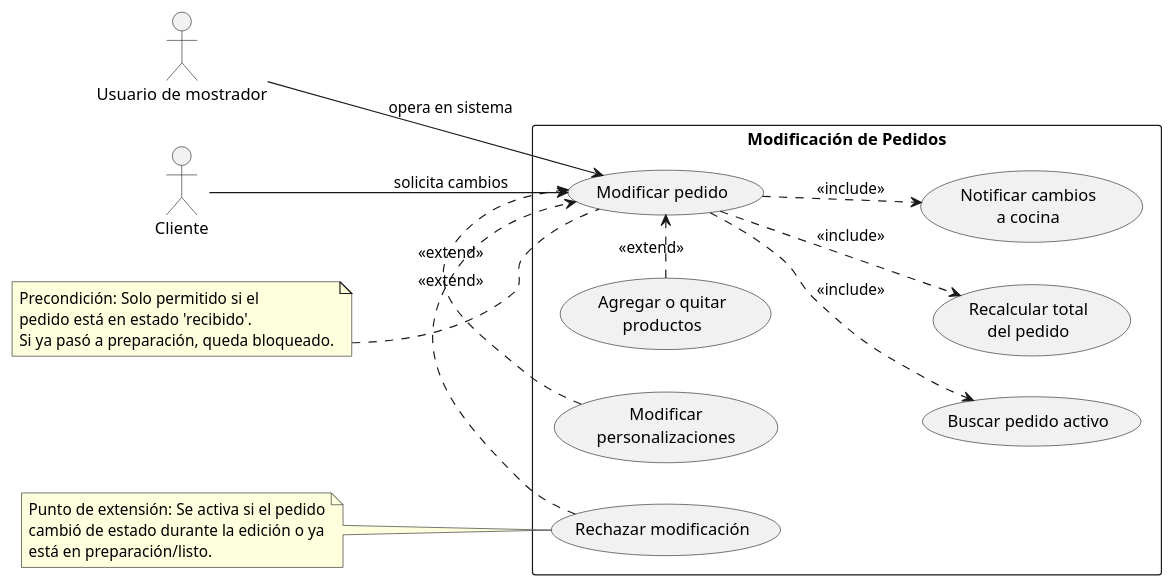
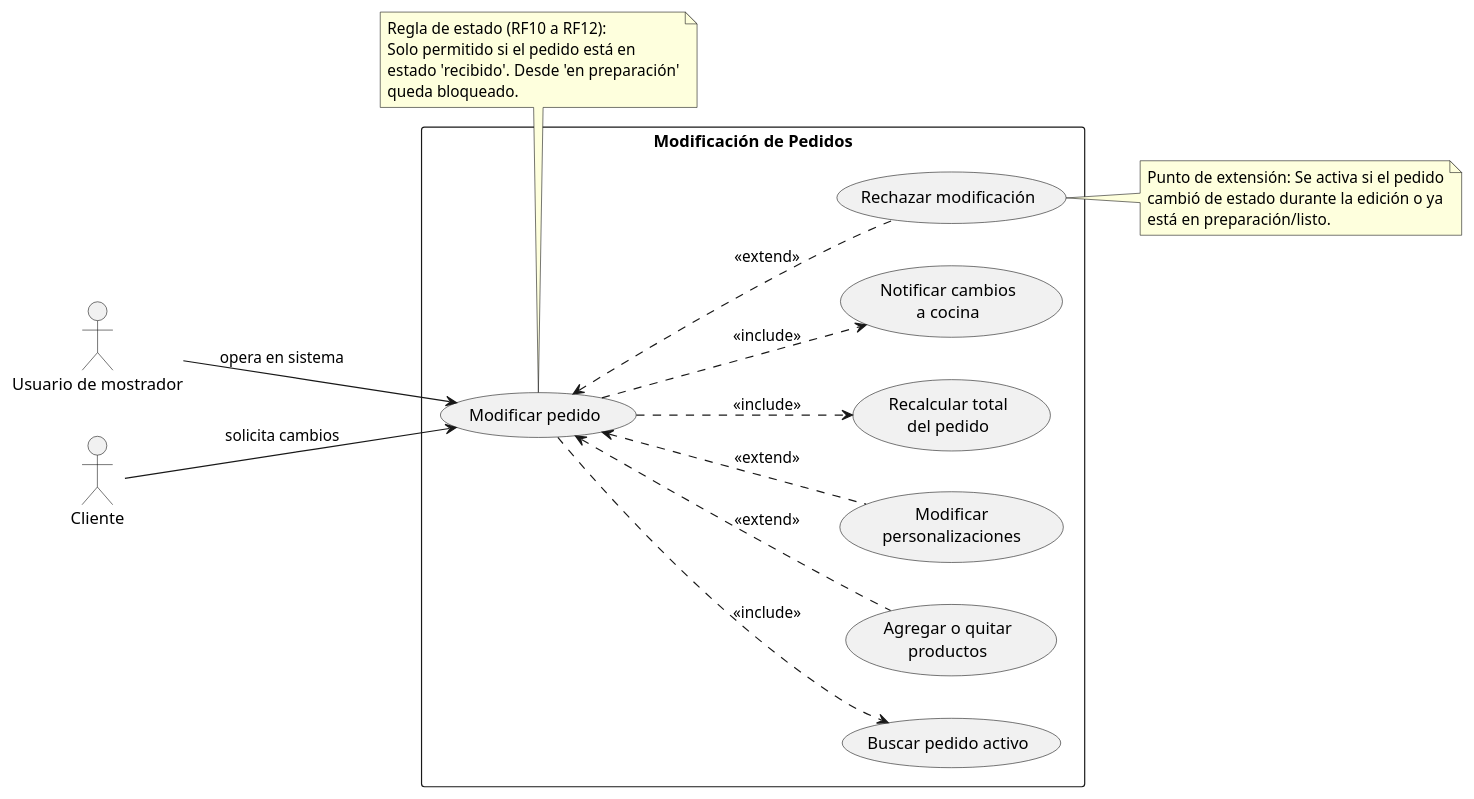
One commit to cmariano93-netizen/SistemaPedidos changed the diagram in diagramas/02-casos-de-uso/02-modificar-pedido.puml. Above: the diagram before and after it, drawn with PlantUML. The commit also changed 14 other files, not shown here.

First line of the commit message:
fix: alinear reglas de estado en diagramas de casos de uso (RC5)

```diff
--- a/diagramas/02-casos-de-uso/02-modificar-pedido.puml
+++ b/diagramas/02-casos-de-uso/02-modificar-pedido.puml
@@ -1,39 +1,42 @@
 @startuml
 left to right direction
+skinparam packageStyle rectangle
+skinparam shadowing false
 
 actor "Usuario de mostrador" as Mostrador
 actor "Cliente" as Cliente
 
 rectangle "Modificación de Pedidos" {
   usecase "Modificar pedido" as UC_Modificar
   usecase "Buscar pedido activo" as UC_Buscar
   usecase "Agregar o quitar\nproductos" as UC_Productos
   usecase "Modificar\npersonalizaciones" as UC_Personalizaciones
   usecase "Recalcular total\ndel pedido" as UC_Recalcular
   usecase "Notificar cambios\na cocina" as UC_NotificarCocina
   usecase "Rechazar modificación" as UC_RechazarMod
 }
 
 Cliente --> UC_Modificar : solicita cambios
 Mostrador --> UC_Modificar : opera en sistema
 
-UC_Modificar -d.> UC_Buscar : <<include>>
-UC_Modificar -d.> UC_Recalcular : <<include>>
-UC_Modificar -d.> UC_NotificarCocina : <<include>>
+UC_Modificar ..> UC_Buscar : <<include>>
+UC_Modificar ..> UC_Recalcular : <<include>>
+UC_Modificar ..> UC_NotificarCocina : <<include>>
 
-UC_Productos .> UC_Modificar : <<extend>>
-UC_Personalizaciones .> UC_Modificar : <<extend>>
-UC_RechazarMod .> UC_Modificar : <<extend>>
+UC_Modificar <.. UC_Productos : <<extend>>
+UC_Modificar <.. UC_Personalizaciones : <<extend>>
+UC_Modificar <.. UC_RechazarMod : <<extend>>
 
-note left of UC_Modificar
-  Precondición: Solo permitido si el
-  pedido está en estado 'recibido'.
-  Si ya pasó a preparación, queda bloqueado.
+note bottom of UC_Modificar
+  Regla de estado (RF10 a RF12):
+  Solo permitido si el pedido está en
+  estado 'recibido'. Desde 'en preparación'
+  queda bloqueado.
 end note
 
-note left of UC_RechazarMod
+note right of UC_RechazarMod
   Punto de extensión: Se activa si el pedido
   cambió de estado durante la edición o ya
   está en preparación/listo.
 end note
 @enduml
```
